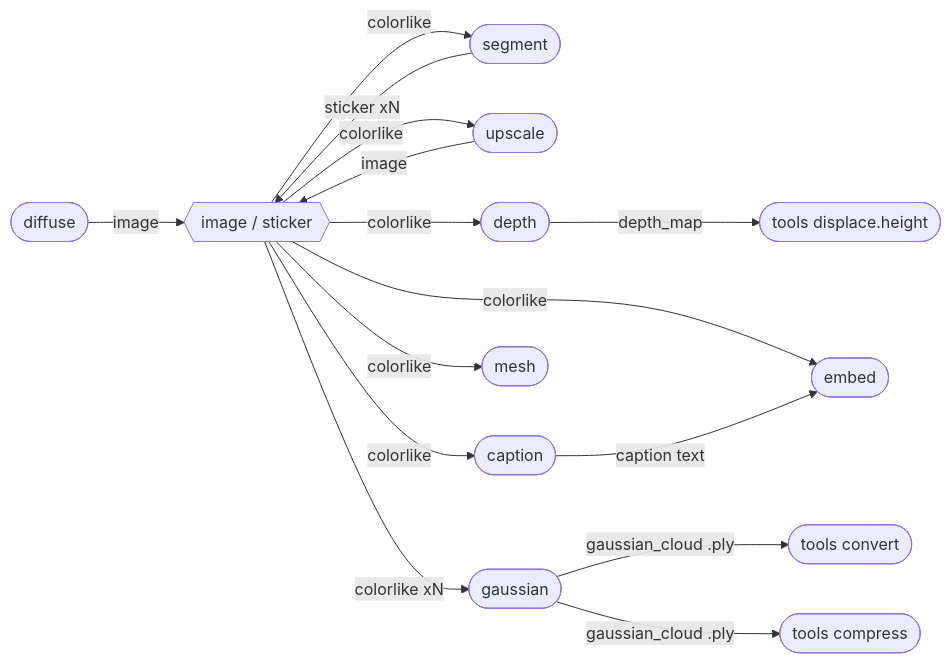
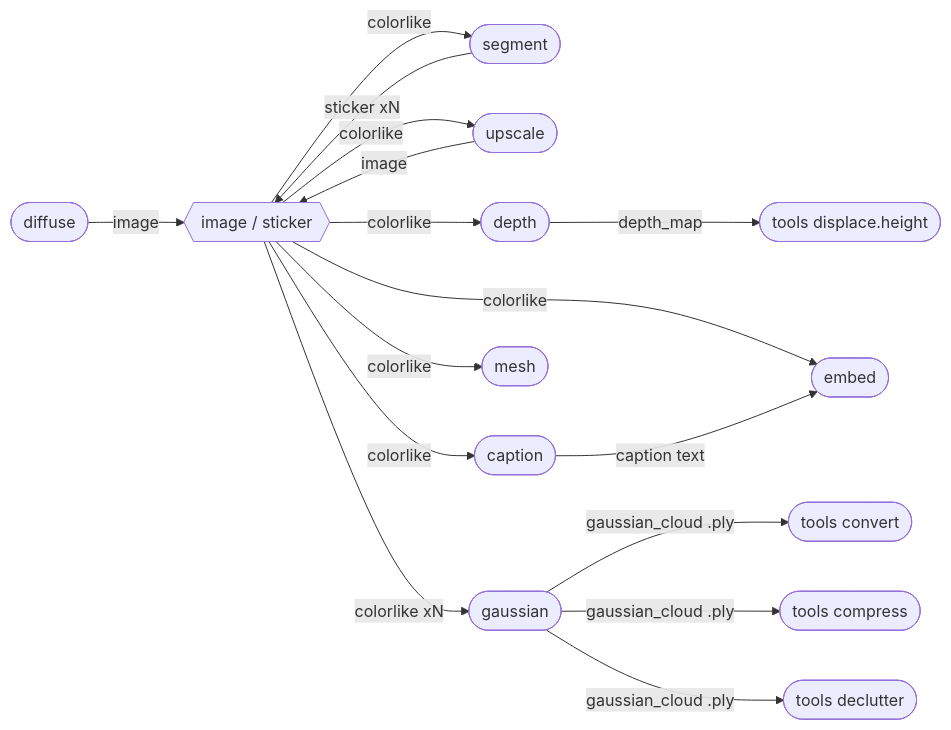
The diagram in README.md (daanrongen/splat), drawn with Mermaid before and after one commit. The commit also changed other lines of this file and 21 other files, not shown here.

First line of the commit message:
feat(tools): floater/outlier declutter transform (Clean-GS-inspired)

````diff
--- a/README.md
+++ b/README.md
@@ -234,17 +244,18 @@
 ```mermaid
 flowchart LR
     diffuse([diffuse]) -->|image| colorlike{{image / sticker}}
     segment([segment]) -->|sticker xN| colorlike
     upscale([upscale]) -->|image| colorlike
     colorlike -->|colorlike| segment
     colorlike -->|colorlike| upscale
     colorlike -->|colorlike| depth([depth])
     colorlike -->|colorlike| caption([caption])
     colorlike -->|colorlike| embed([embed])
     colorlike -->|colorlike| mesh([mesh])
     colorlike -->|colorlike xN| gaussian([gaussian])
     caption -->|caption text| embed
     depth -->|depth_map| displace([tools displace.height])
     gaussian -->|gaussian_cloud .ply| convert([tools convert])
     gaussian -->|gaussian_cloud .ply| compress([tools compress])
+    gaussian -->|gaussian_cloud .ply| declutter([tools declutter])
 ```
````
